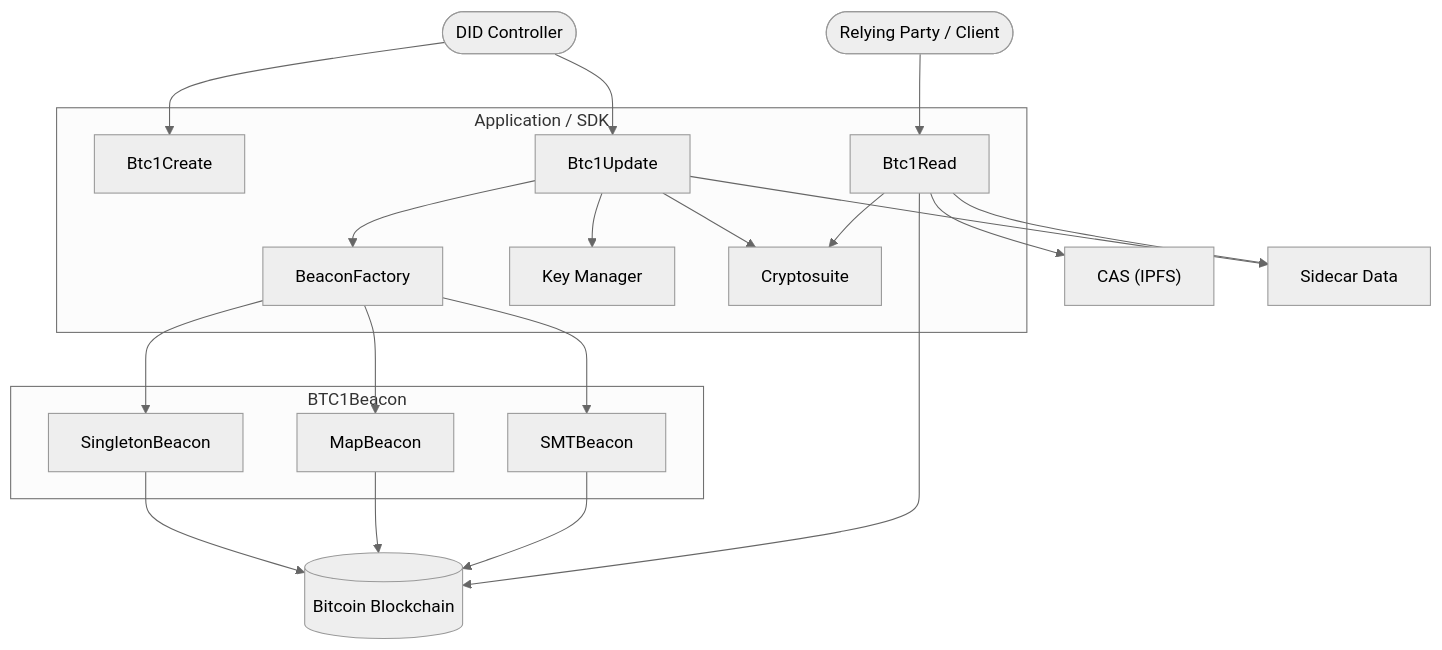
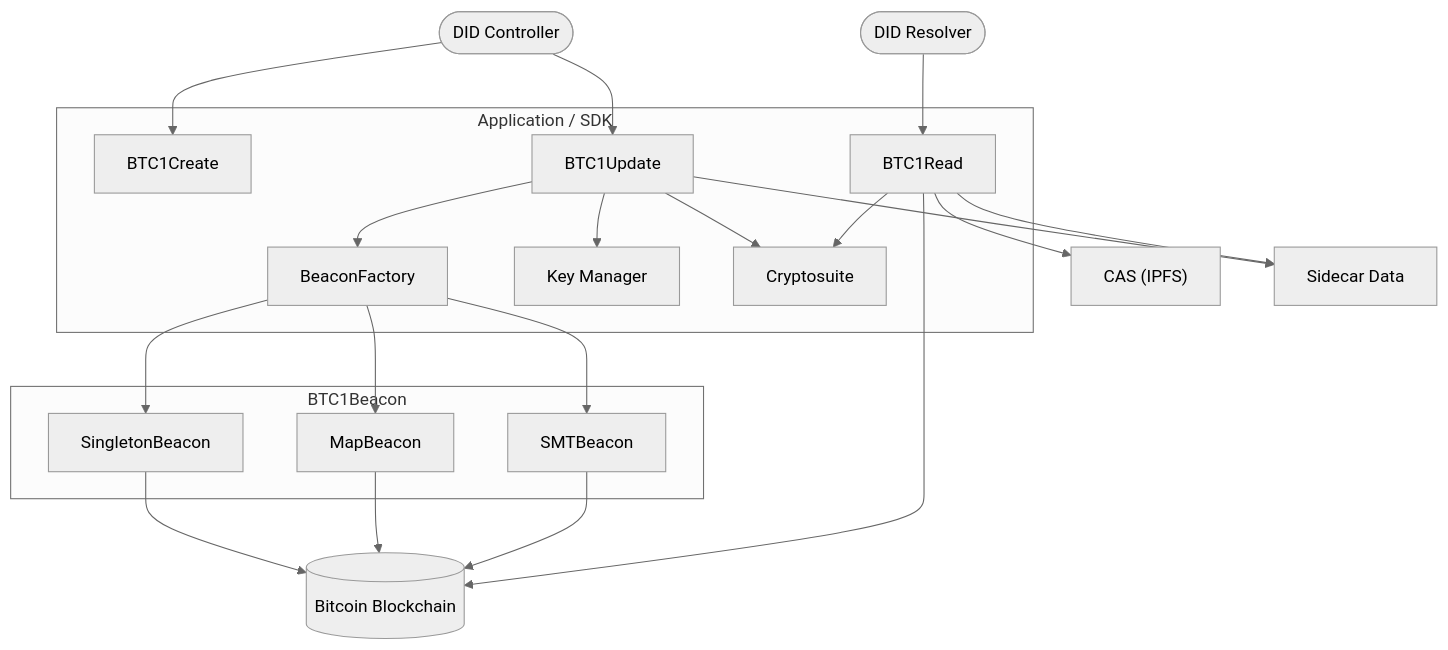
The first of 3 diagrams in docs/diagrams.md (jintekc/website-btcr2-dev), drawn with Mermaid (neutral theme) before and after one commit. The commit also changed other lines of this file and 6 other files, not shown here.

Commit message:
Adding mermaid diagrams: architecture, create, resolve

````diff
--- a/docs/diagrams.md
+++ b/docs/diagrams.md
@@ -9,44 +9,44 @@
 ```mermaid
 flowchart TB
   Controller([DID Controller])
-  Client([Relying Party / Client])
+  Resolver([DID Resolver])
 
   subgraph SDK["Application / SDK"]
-    Create[Btc1Create]
-    Read[Btc1Read]
-    Update[Btc1Update]
+    Create[BTC1Create]
+    Read[BTC1Read]
+    Update[BTC1Update]
     Factory[BeaconFactory]
     KMS[Key Manager]
     Crypto[Cryptosuite]
   end
 
   subgraph BTC1Beacon
     SingletonBeacon
     MapBeacon
     SMTBeacon
   end
 
   BTC[(Bitcoin Blockchain)]
   CAS["CAS (IPFS)"]
   Sidecar[Sidecar Data]
 
   Controller --> Create
   Controller --> Update
   Update --> KMS
   Update --> Crypto
   Update --> Factory
   Factory --> SingletonBeacon
   Factory --> MapBeacon
   Factory --> SMTBeacon
   Update --> Sidecar
 
   SingletonBeacon --> BTC
   MapBeacon --> BTC
   SMTBeacon --> BTC
 
-  Client --> Read
+  Resolver --> Read
   Read --> BTC
   Read --> CAS
   Read --> Sidecar
   Read --> Crypto
 ```
````
